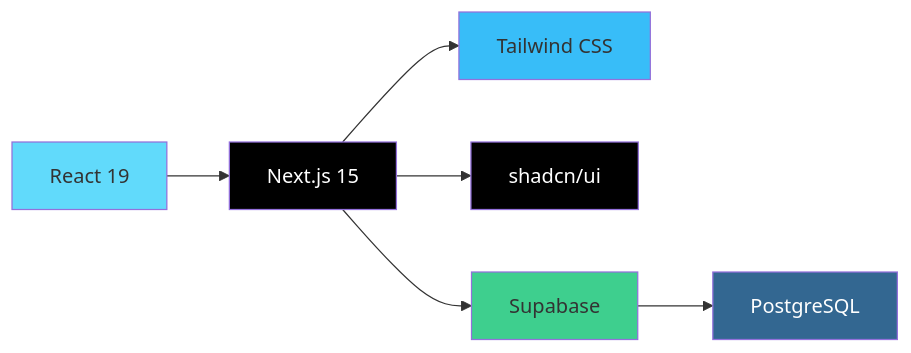
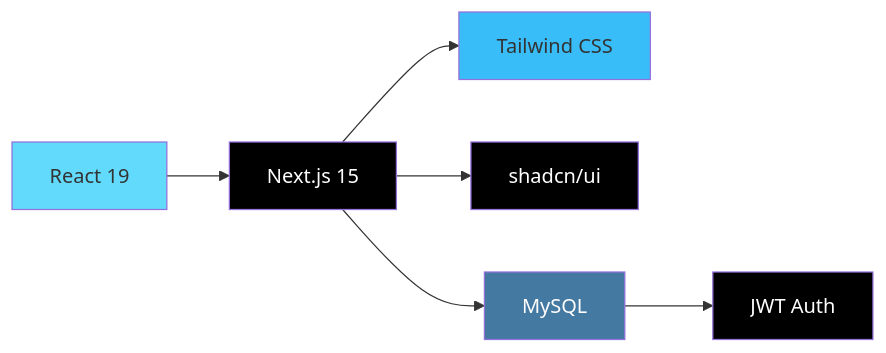
One commit to Sube3494/website-curator changed the diagram in README.md. Above: the diagram before and after it, drawn with Mermaid. The commit also changed other lines of this file and 63 other files, not shown here.

First line of the commit message:
feat(stack): 从 Supabase 迁移到 MySQL 和自定义 JWT 认证

````diff
--- a/README.md
+++ b/README.md
@@ -106,15 +106,15 @@
 ```mermaid
 graph LR
     A[React 19] --> B[Next.js 15]
     B --> C[Tailwind CSS]
     B --> D[shadcn/ui]
-    B --> E[Supabase]
-    E --> F[PostgreSQL]
+    B --> E[MySQL]
+    E --> F[JWT Auth]
 
     style A fill:#61dafb
     style B fill:#000000,color:#fff
     style C fill:#38bdf8
     style D fill:#000000,color:#fff
-    style E fill:#3ecf8e
-    style F fill:#336791,color:#fff
+    style E fill:#4479a1,color:#fff
+    style F fill:#000000,color:#fff
 ```
````
